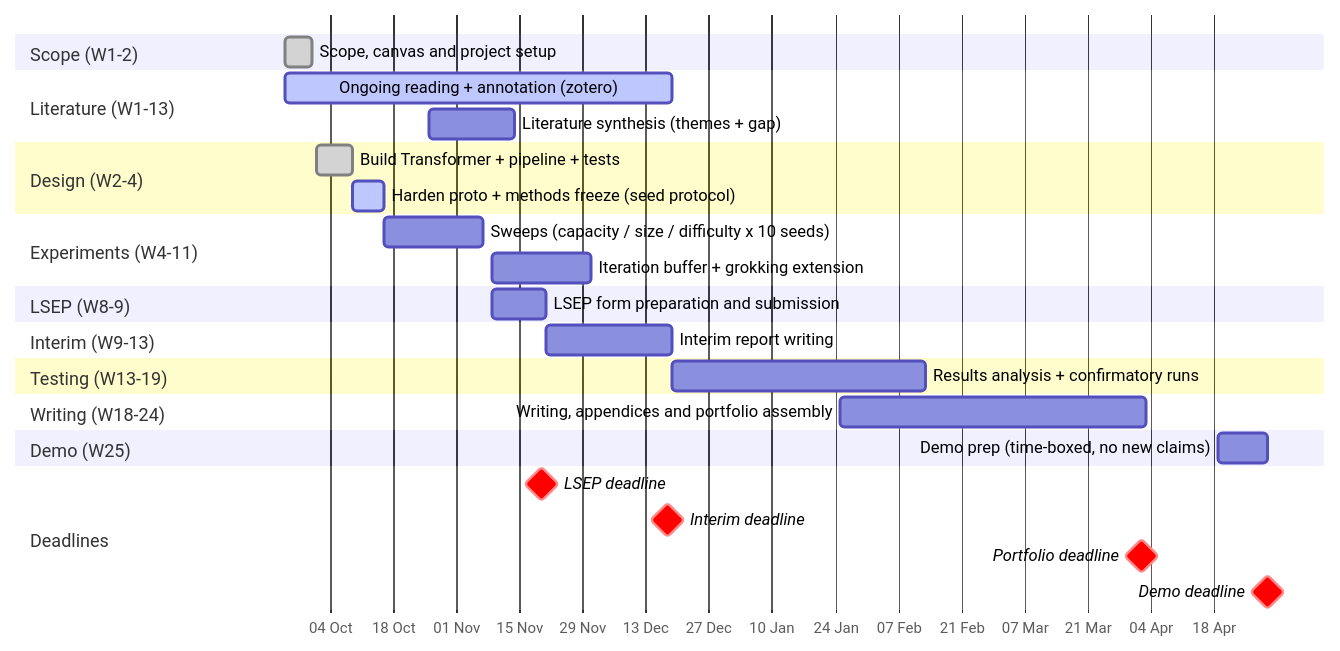
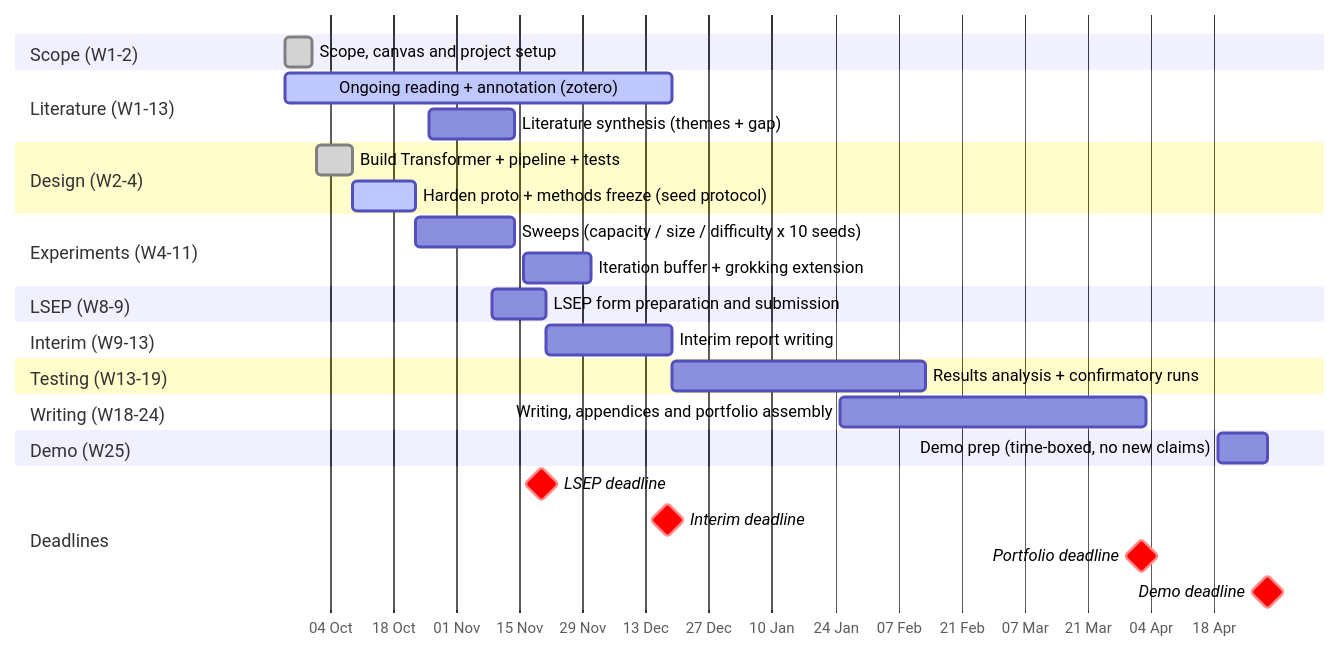
One commit to AhmedIkram05/tinylm-lab changed the diagram in docs/planning/plan.md. Above: the diagram before and after it, drawn with Mermaid. The commit also changed other lines of this file, not shown here.

Commit message:
docs: update project timeline and milestones in planning document, extending hardening phase and adjusting experiment schedule

````diff
--- a/docs/planning/plan.md
+++ b/docs/planning/plan.md
@@ -73,48 +73,48 @@
 ```mermaid
 %%{init: {"gantt": {"useWidth": 910, "leftPadding": 180, "sectionFontSize": 12}}}%%
 gantt
     dateFormat YYYY-MM-DD
     axisFormat %d %b
     tickInterval 2week
     todayMarker on
 
     section Scope (W1-2)
     Scope, canvas and project setup             :done, plan, 2026-09-24, 2026-09-30
 
     section Literature (W1-13)
     Ongoing reading + annotation (zotero) :active, lit, 2026-09-24, 2026-12-19
     Literature synthesis (themes + gap)                :synth, 2026-10-26, 2026-11-14
 
     section Design (W2-4)
     Build Transformer + pipeline + tests :done, proto, 2026-10-01, 2026-10-09
-    Harden proto + methods freeze (seed protocol) :active, harden, 2026-10-09, 2026-10-16
+    Harden proto + methods freeze (seed protocol) :active, harden, 2026-10-09, 2026-10-23
 
     section Experiments (W4-11)
-    Sweeps (capacity / size / difficulty x 10 seeds) :exps, after harden, 2026-11-07
-    Iteration buffer + grokking extension           :buf, 2026-11-09, 2026-12-01
-    %% buf starts Mon 09 Nov (weekend 07-08 Nov gap); absolute dates intentional - follows exps
+    Sweeps (capacity / size / difficulty x 10 seeds) :exps, 2026-10-23, 2026-11-14
+    Iteration buffer + grokking extension           :buf, 2026-11-16, 2026-12-01
+    %% exps starts Fri 23 Oct (after harden ends 22 Oct), ends Fri 13 Nov; buffer starts Mon 16 Nov (weekend 14-15 Nov gap); absolute dates intentional
 
     section LSEP (W8-9)
     LSEP form preparation and submission        :lsep, 2026-11-09, 2026-11-21
 
     section Interim (W9-13)
     Interim report writing                      :interim, 2026-11-21, 2026-12-19
     %% draft by Fri 04 Dec; 06-18 Dec buffer only (exam weeks)
 
     section Testing (W13-19)
     Results analysis + confirmatory runs        :testing, 2026-12-19, 2027-02-13
     %% continuous 19 Dec-12 Feb, no Christmas pause (owner decision)
 
     section Writing (W18-24)
     Writing, appendices and portfolio assembly  :diss, 2027-01-25, 2027-04-03
     %% overlaps testing 25 Jan-12 Feb intentional (analysis as runs land)
 
     section Demo (W25)
     Demo prep (time-boxed, no new claims)        :demo, 2027-04-19, 2027-04-30
 
     section Deadlines
     LSEP deadline :crit, milestone, v9, 2026-11-20, 0d
     Interim deadline :crit, milestone, v13, 2026-12-18, 0d
     Portfolio deadline :crit, milestone, v24, 2027-04-02, 0d
     Demo deadline :crit, milestone, v25, 2027-04-30, 0d
 ```
````
